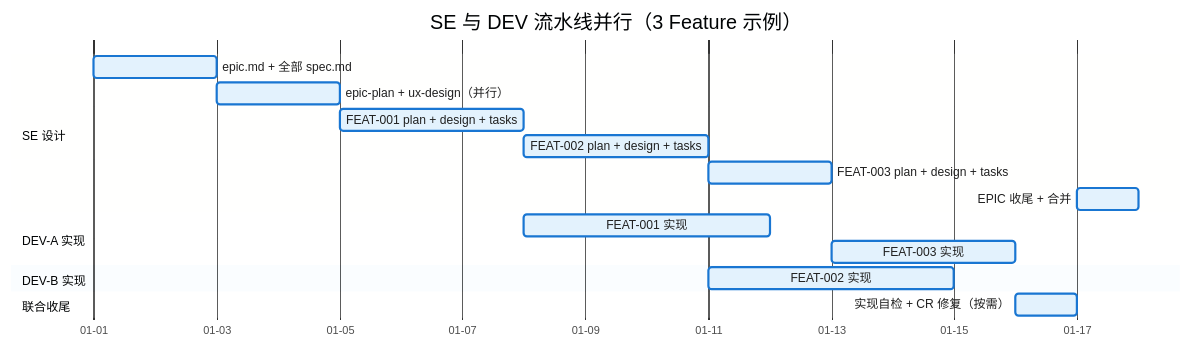
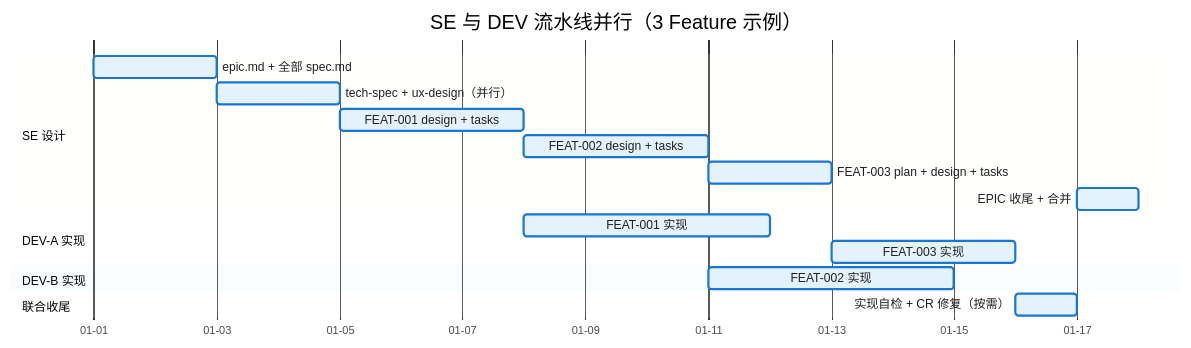
Before and after one commit to jackykarma/Verity: the sixth of 8 diagrams in docs/aisdd/workflow-overview.md, drawn with Mermaid. The commit also changed other lines of this file and 64 other files, not shown here.

First line of the commit message:
refactor ♻️(AISDD): 合并 epic-plan 与 Feature plan 为 tech-spec.md

````diff
--- a/docs/aisdd/workflow-overview.md
+++ b/docs/aisdd/workflow-overview.md
@@ -337,25 +322,25 @@
 ```mermaid
 %%{init: {'theme': 'base', 'themeVariables': { 'primaryColor': '#E3F2FD', 'primaryTextColor': '#212121', 'primaryBorderColor': '#1976D2', 'lineColor': '#546E7A'}}}%%
 gantt
     title SE 与 DEV 流水线并行（3 Feature 示例）
     dateFormat  YYYY-MM-DD
     axisFormat  %m-%d
 
     section SE 设计
     epic.md + 全部 spec.md           :se1, 2026-01-01, 2d
-    epic-plan + ux-design（并行）    :se2, after se1, 2d
-    FEAT-001 plan + design + tasks   :se3, after se2, 3d
-    FEAT-002 plan + design + tasks   :se4, after se3, 3d
+    tech-spec + ux-design（并行）    :se2, after se1, 2d
+    FEAT-001 design + tasks   :se3, after se2, 3d
+    FEAT-002 design + tasks   :se4, after se3, 3d
     FEAT-003 plan + design + tasks   :se5, after se4, 2d
     EPIC 收尾 + 合并                  :se6, after dev3, 1d
 
     section DEV-A 实现
     FEAT-001 实现                     :dev1, after se3, 4d
     FEAT-003 实现                     :dev1b, after se5, 3d
 
     section DEV-B 实现
     FEAT-002 实现                     :dev2, after se4, 4d
 
     section 联合收尾
     实现自检 + CR 修复（按需）        :dev3, after dev1b, 1d
 ```
````
